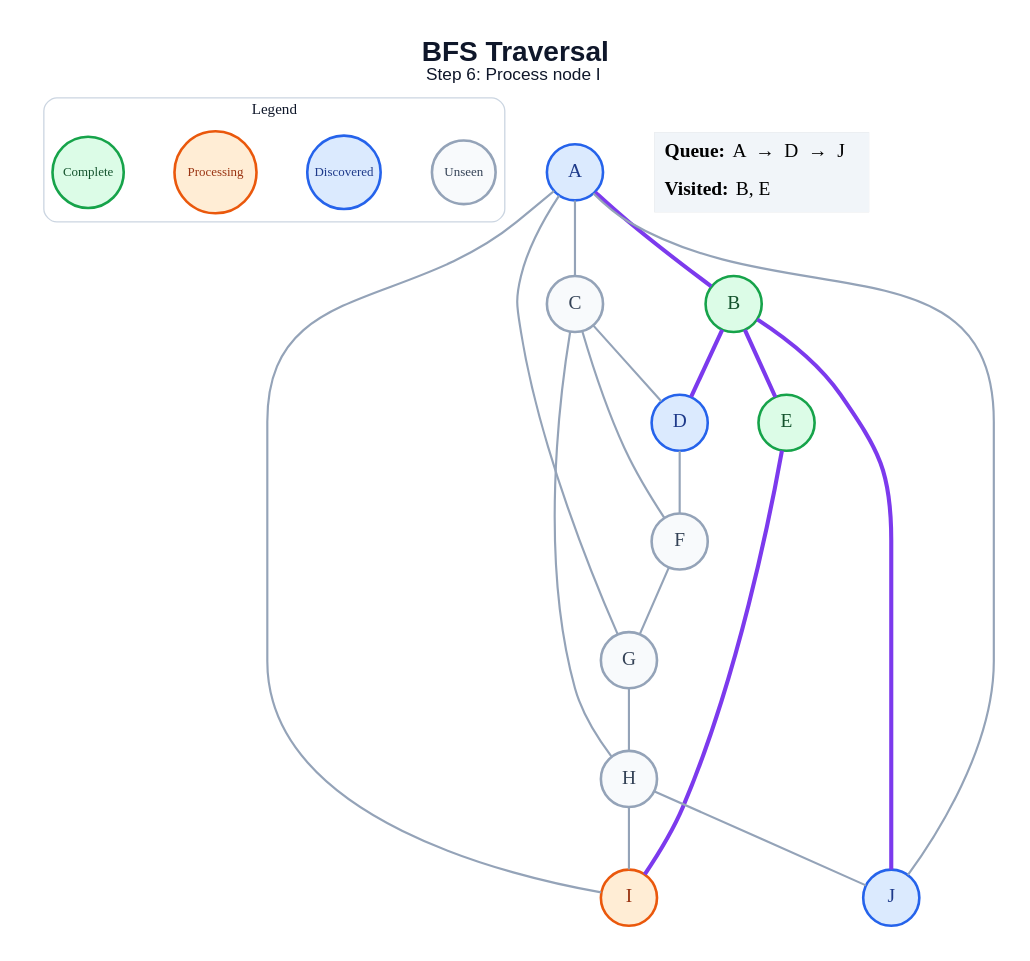
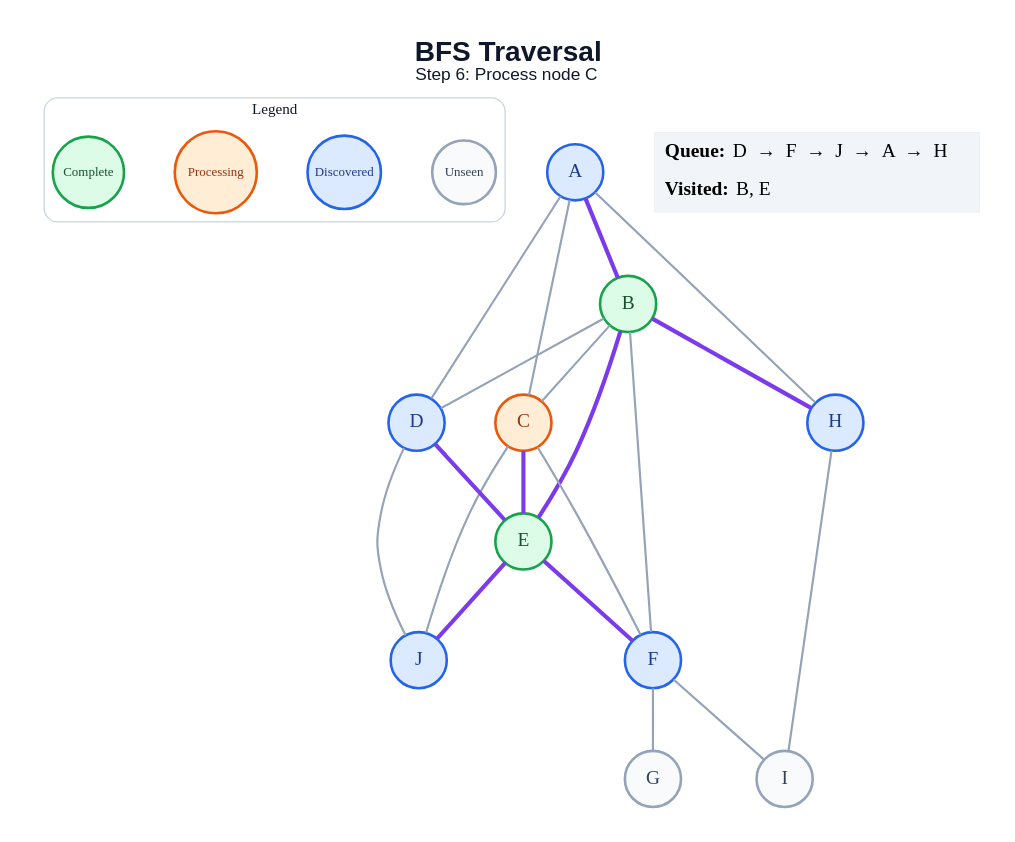
One commit to amanghodawala9/ai-slop changed the diagram in generated/specific-node/bfs/step_06.dot. Above: the diagram before and after it, drawn with Graphviz. The commit also changed 178 other files, not shown here.

```diff
--- a/generated/specific-node/bfs/step_06.dot
+++ b/generated/specific-node/bfs/step_06.dot
@@ -1,46 +1,48 @@
 graph traversal {
   graph [layout=dot, rankdir=TB, bgcolor="#FFFFFF", pad="0.35", nodesep="0.65", ranksep="0.8", fontname="Arial"];
   node [shape=circle, style="filled", fontname="Arial Bold", fontsize=18, width=0.72, fixedsize=true, penwidth=2.4];
   edge [color="#94A3B8", penwidth=2.0];
-  label=<<B>BFS Traversal</B><BR/><FONT POINT-SIZE="16">Step 6: Process node I</FONT>>; labelloc="t"; fontsize=26; fontname="Arial"; fontcolor="#0F172A";
+  label=<<B>BFS Traversal</B><BR/><FONT POINT-SIZE="16">Step 6: Process node C</FONT>>; labelloc="t"; fontsize=26; fontname="Arial"; fontcolor="#0F172A";
   subgraph cluster_legend { label="Legend"; color="#CBD5E1"; penwidth=1.2; style="rounded"; fontsize=14; fontname="Arial Bold";
     key_unseen [label="Unseen", fillcolor="#F8FAFC", color="#94A3B8", fontcolor="#334155", fontsize=12, width=0.82];
     key_frontier [label="Discovered", fillcolor="#DBEAFE", color="#2563EB", fontcolor="#1E3A8A", fontsize=12, width=0.95];
     key_current [label="Processing", fillcolor="#FFEDD5", color="#EA580C", fontcolor="#9A3412", fontsize=12, width=1.05];
     key_done [label="Complete", fillcolor="#DCFCE7", color="#16A34A", fontcolor="#14532D", fontsize=12, width=0.92];
     { rank=same; key_unseen; key_frontier; key_current; key_done; }
   }
   A [fillcolor="#DBEAFE", color="#2563EB", fontcolor="#1E3A8A"];
   B [fillcolor="#DCFCE7", color="#16A34A", fontcolor="#14532D"];
-  C [fillcolor="#F8FAFC", color="#94A3B8", fontcolor="#334155"];
+  C [fillcolor="#FFEDD5", color="#EA580C", fontcolor="#9A3412"];
   D [fillcolor="#DBEAFE", color="#2563EB", fontcolor="#1E3A8A"];
   E [fillcolor="#DCFCE7", color="#16A34A", fontcolor="#14532D"];
-  F [fillcolor="#F8FAFC", color="#94A3B8", fontcolor="#334155"];
+  F [fillcolor="#DBEAFE", color="#2563EB", fontcolor="#1E3A8A"];
   G [fillcolor="#F8FAFC", color="#94A3B8", fontcolor="#334155"];
-  H [fillcolor="#F8FAFC", color="#94A3B8", fontcolor="#334155"];
-  I [fillcolor="#FFEDD5", color="#EA580C", fontcolor="#9A3412"];
+  H [fillcolor="#DBEAFE", color="#2563EB", fontcolor="#1E3A8A"];
+  I [fillcolor="#F8FAFC", color="#94A3B8", fontcolor="#334155"];
   J [fillcolor="#DBEAFE", color="#2563EB", fontcolor="#1E3A8A"];
   A -- B [color="#7C3AED", penwidth=3.8];
   A -- C;
-  A -- G;
-  A -- I;
-  A -- J;
-  B -- D [color="#7C3AED", penwidth=3.8];
+  A -- D;
+  A -- H;
+  B -- C;
+  B -- D;
   B -- E [color="#7C3AED", penwidth=3.8];
-  B -- J [color="#7C3AED", penwidth=3.8];
-  C -- D;
+  B -- F;
+  B -- H [color="#7C3AED", penwidth=3.8];
+  C -- E [color="#7C3AED", penwidth=3.8];
   C -- F;
-  C -- H;
-  D -- F;
-  E -- I [color="#7C3AED", penwidth=3.8];
+  C -- J;
+  D -- E [color="#7C3AED", penwidth=3.8];
+  D -- J;
+  E -- F [color="#7C3AED", penwidth=3.8];
+  E -- J [color="#7C3AED", penwidth=3.8];
   F -- G;
-  G -- H;
+  F -- I;
   H -- I;
-  H -- J;
   status [shape=plain, fixedsize=false, width=0, height=0, margin=0, label=<
     <TABLE BORDER="0" CELLBORDER="0" CELLPADDING="7" BGCOLOR="#F1F5F9">
-      <TR><TD ALIGN="LEFT"><B>Queue:</B> A  →  D  →  J</TD></TR>
+      <TR><TD ALIGN="LEFT"><B>Queue:</B> D  →  F  →  J  →  A  →  H</TD></TR>
       <TR><TD ALIGN="LEFT"><B>Visited:</B> B, E</TD></TR>
     </TABLE>
   >];
 }
```
